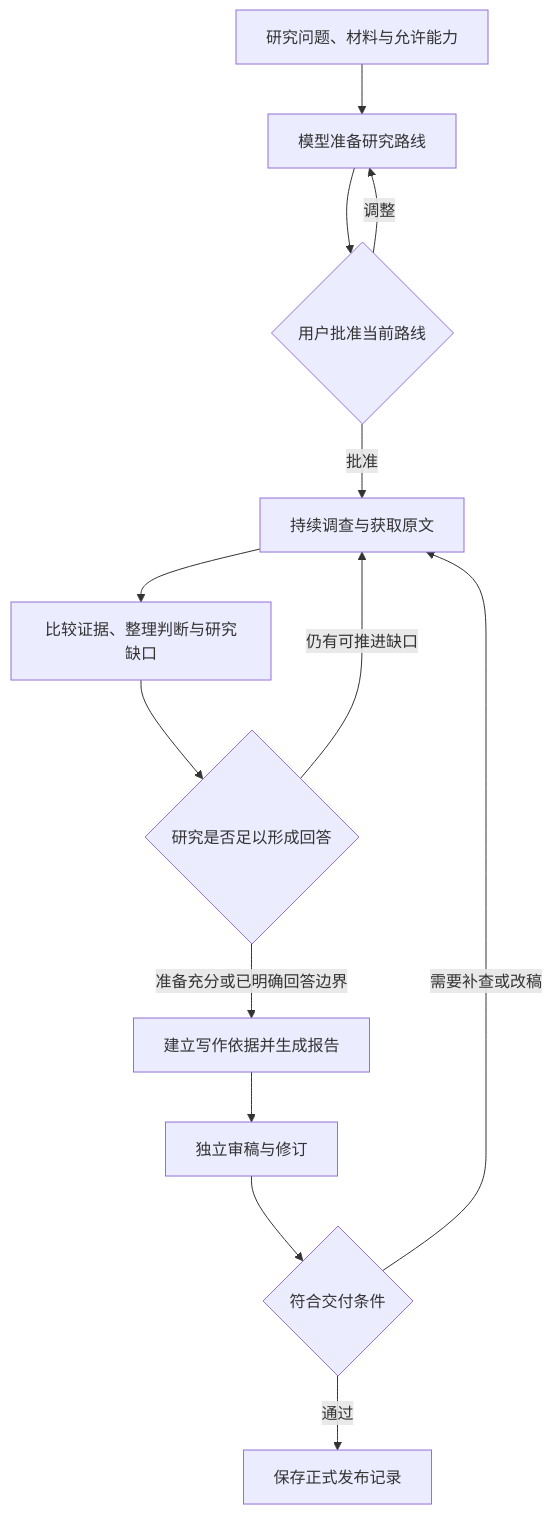
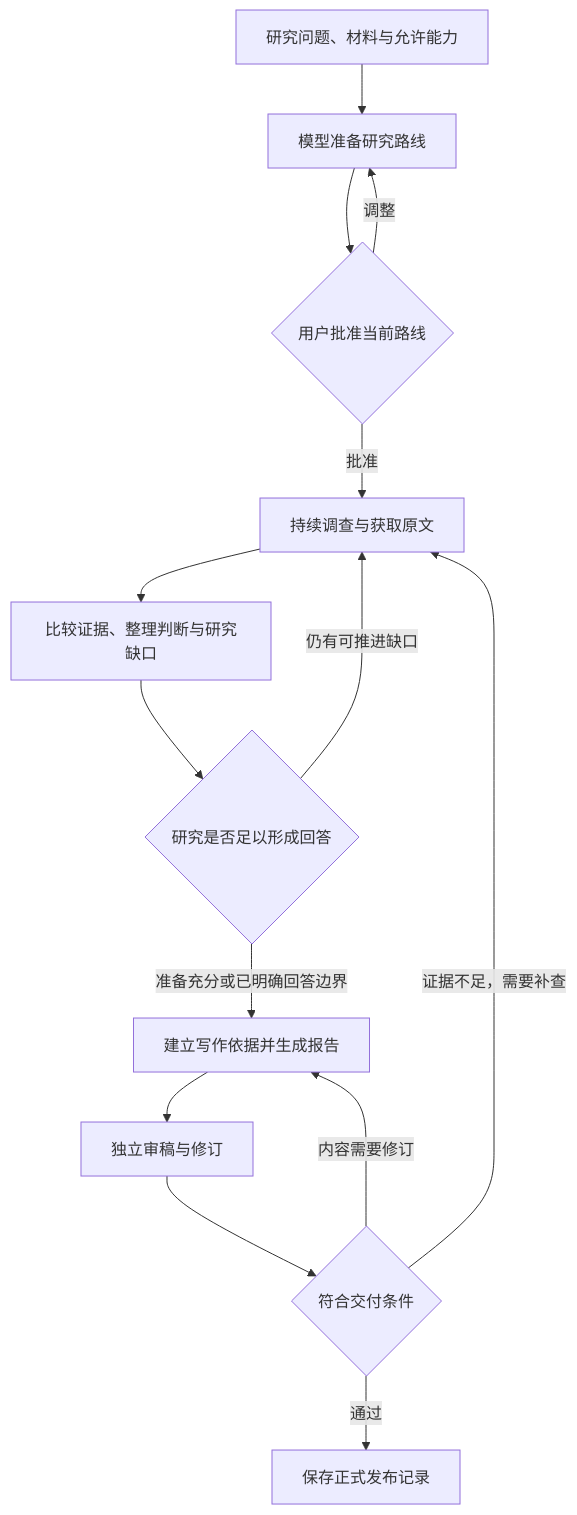
One commit to studyzhige-ui/Epivra changed the first of 5 diagrams in docs/technical-handbook/01-overview.md. Above: the diagram before and after it, drawn with Mermaid. The commit also changed other lines of this file, not shown here.

````diff
--- a/docs/technical-handbook/01-overview.md
+++ b/docs/technical-handbook/01-overview.md
@@ -17,15 +17,16 @@
 ```mermaid
 flowchart TD
     A["研究问题、材料与允许能力"] --> B["模型准备研究路线"]
     B --> C{"用户批准当前路线"}
     C -->|"调整"| B
     C -->|"批准"| D["持续调查与获取原文"]
     D --> E["比较证据、整理判断与研究缺口"]
     E --> F{"研究是否足以形成回答"}
     F -->|"仍有可推进缺口"| D
     F -->|"准备充分或已明确回答边界"| G["建立写作依据并生成报告"]
     G --> H["独立审稿与修订"]
     H --> I{"符合交付条件"}
-    I -->|"需要补查或改稿"| D
+    I -->|"证据不足，需要补查"| D
+    I -->|"内容需要修订"| G
     I -->|"通过"| J["保存正式发布记录"]
 ```
````
